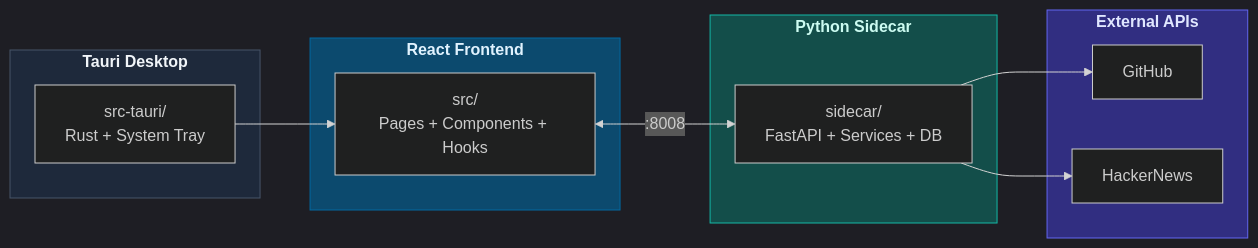
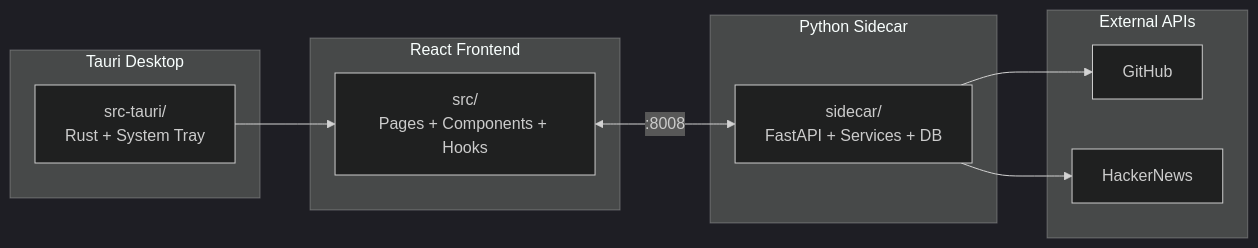
One commit to Neal75418/StarScope changed the diagram in CLAUDE.md. Above: the diagram before and after it, drawn with Mermaid. The commit also changed other lines of this file and 3 other files, not shown here.

````diff
--- a/CLAUDE.md
+++ b/CLAUDE.md
@@ -15,35 +11,25 @@
 ```mermaid
 %%{init: {'theme': 'dark'}}%%
 graph LR
     subgraph Desktop["Tauri Desktop"]
         T["src-tauri/\nRust + System Tray"]
     end
 
     subgraph Frontend["React Frontend"]
         F["src/\nPages + Components + Hooks"]
     end
 
     subgraph Backend["Python Sidecar"]
         B["sidecar/\nFastAPI + Services + DB"]
     end
 
     subgraph APIs["External APIs"]
         G["GitHub"]
         H["HackerNews"]
     end
 
     T --> F
     F <-->|":8008"| B
     B --> G
     B --> H
-
-    classDef tauri fill:#1e293b,stroke:#475569,color:#f1f5f9,font-weight:bold
-    classDef react fill:#0c4a6e,stroke:#0369a1,color:#e0f2fe,font-weight:bold
-    classDef python fill:#134e4a,stroke:#14b8a6,color:#ccfbf1,font-weight:bold
-    classDef external fill:#312e81,stroke:#6366f1,color:#e0e7ff,font-weight:bold
-
-    class Desktop tauri
-    class Frontend react
-    class Backend python
-    class APIs external
 ```
````
